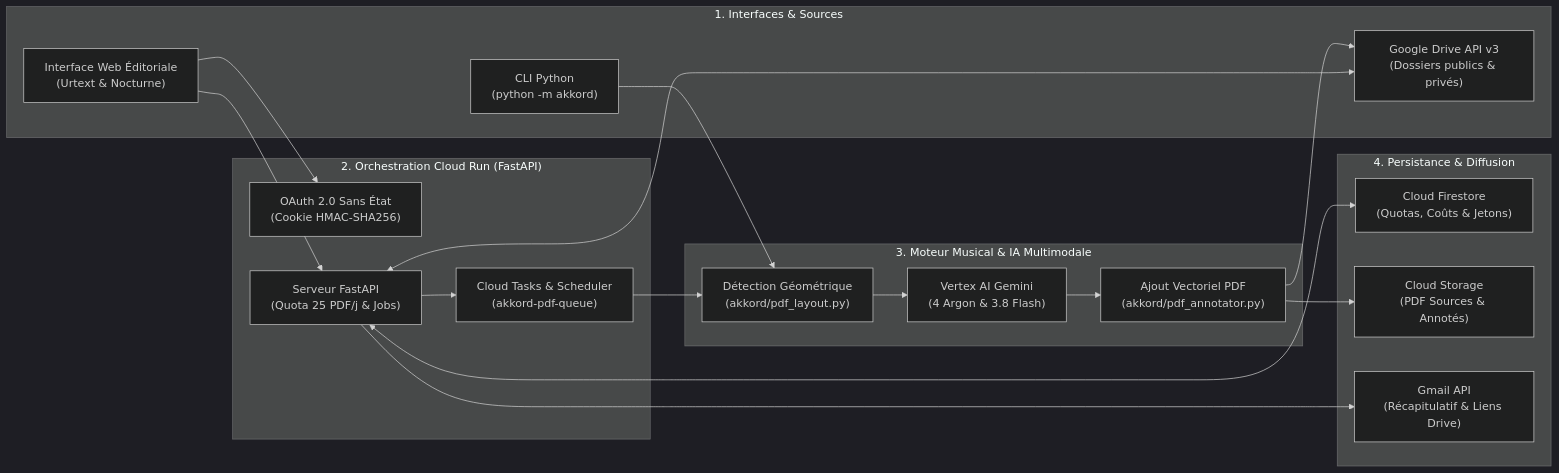
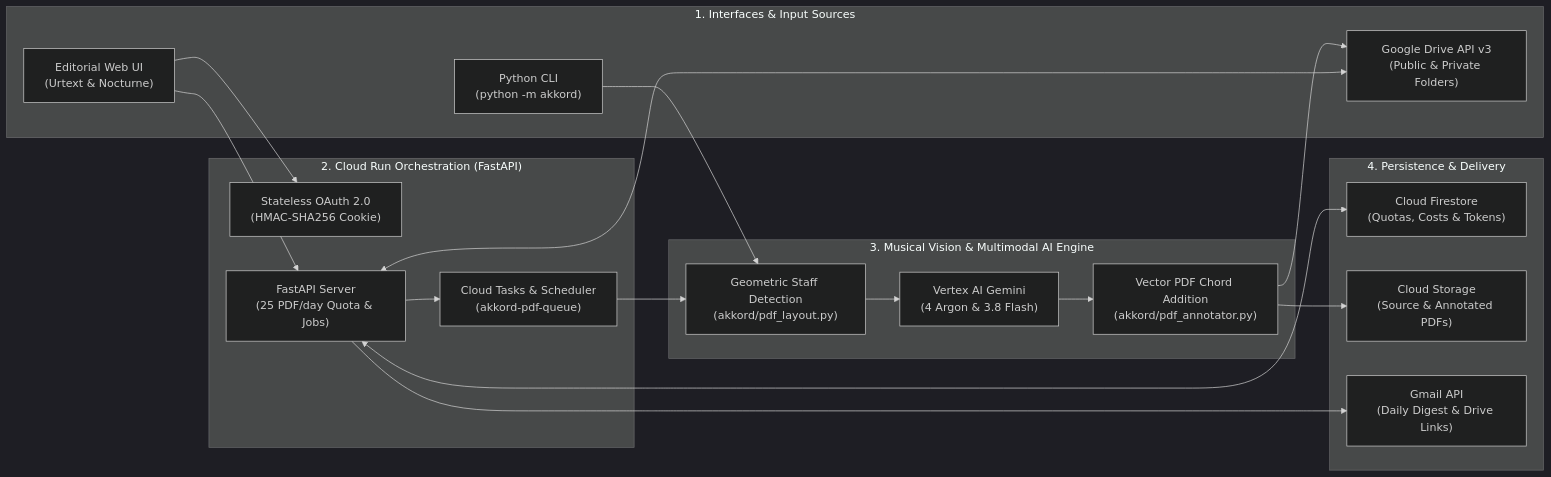
Before and after one commit to alexismp/akkord: the diagram in README.md, drawn with Mermaid (dark theme). The commit also changed other lines of this file and 12 other files, not shown here.

````diff
--- a/README.md
+++ b/README.md
@@ -37,39 +37,39 @@
 ```mermaid
 flowchart LR
-    subgraph Client["1. Interfaces & Sources"]
-        UI["Interface Web Éditoriale\n(Urtext & Nocturne)"]
-        CLI["CLI Python\n(python -m akkord)"]
-        Drive["Google Drive API v3\n(Dossiers publics & privés)"]
+    subgraph Client["1. Interfaces & Input Sources"]
+        UI["Editorial Web UI\n(Urtext & Nocturne)"]
+        CLI["Python CLI\n(python -m akkord)"]
+        Drive["Google Drive API v3\n(Public & Private Folders)"]
     end
 
-    subgraph CloudRun["2. Orchestration Cloud Run (FastAPI)"]
-        OAuth["OAuth 2.0 Sans État\n(Cookie HMAC-SHA256)"]
-        API["Serveur FastAPI\n(Quota 25 PDF/j & Jobs)"]
+    subgraph CloudRun["2. Cloud Run Orchestration (FastAPI)"]
+        OAuth["Stateless OAuth 2.0\n(HMAC-SHA256 Cookie)"]
+        API["FastAPI Server\n(25 PDF/day Quota & Jobs)"]
         Tasks["Cloud Tasks & Scheduler\n(akkord-pdf-queue)"]
     end
 
-    subgraph Engine["3. Moteur Musical & IA Multimodale"]
-        Layout["Détection Géométrique\n(akkord/pdf_layout.py)"]
+    subgraph Engine["3. Musical Vision & Multimodal AI Engine"]
+        Layout["Geometric Staff Detection\n(akkord/pdf_layout.py)"]
         Gemini["Vertex AI Gemini\n(4 Argon & 3.8 Flash)"]
-        Annotator["Ajout Vectoriel PDF\n(akkord/pdf_annotator.py)"]
+        Annotator["Vector PDF Chord Addition\n(akkord/pdf_annotator.py)"]
     end
 
-    subgraph Storage["4. Persistance & Diffusion"]
-        Firestore["Cloud Firestore\n(Quotas, Coûts & Jetons)"]
-        GCS["Cloud Storage\n(PDF Sources & Annotés)"]
-        Gmail["Gmail API\n(Récapitulatif & Liens Drive)"]
+    subgraph Storage["4. Persistence & Delivery"]
+        Firestore["Cloud Firestore\n(Quotas, Costs & Tokens)"]
+        GCS["Cloud Storage\n(Source & Annotated PDFs)"]
+        Gmail["Gmail API\n(Daily Digest & Drive Links)"]
     end
 
     UI --> OAuth
     UI --> API
     CLI --> Layout
     Drive <--> API
     API --> Tasks
     Tasks --> Layout
     Layout --> Gemini
     Gemini --> Annotator
     Annotator --> GCS
     Annotator --> Drive
     API <--> Firestore
     API --> Gmail
 ```
````
